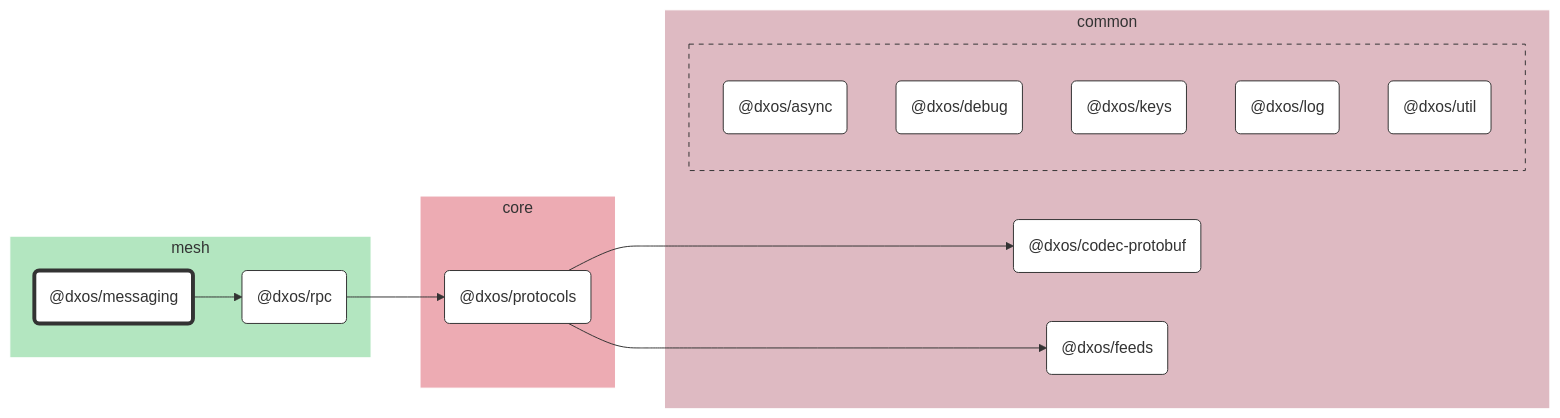
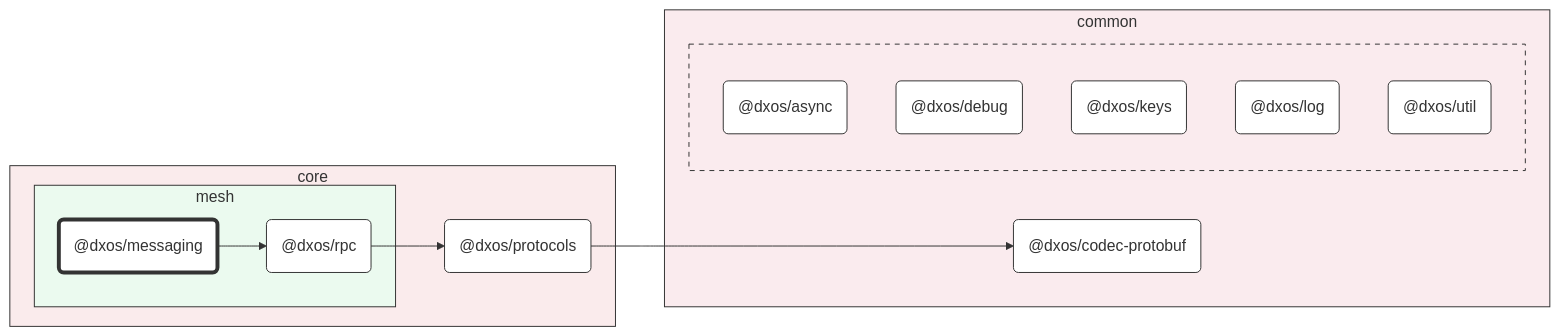
Before and after one commit to dxos/dxos: the diagram in packages/core/mesh/messaging/docs/README.md, drawn with Mermaid. The commit also changed other lines of this file and 93 other files, not shown here.

First line of the commit message:
chore: hierarchical graphs. (#1583)

````diff
--- a/packages/core/mesh/messaging/docs/README.md
+++ b/packages/core/mesh/messaging/docs/README.md
@@ -7,54 +7,51 @@
 ```mermaid
 %%{ init: {'flowchart':{'curve':'basis'}} }%%
 
 flowchart LR
 
 %% Classes
 classDef def fill:#fff,stroke:#333,stroke-width:1px
 classDef root fill:#fff,stroke:#333,stroke-width:4px
 
 %% Nodes
 
-subgraph mesh [mesh]
-  style mesh fill:#b3e6c0,stroke:#fff
-  dxos/messaging("@dxos/messaging"):::root
-  click dxos/messaging "dxos/dxos/tree/main/packages/core/mesh/messaging/docs"
-  dxos/rpc("@dxos/rpc"):::def
-  click dxos/rpc "dxos/dxos/tree/main/packages/core/mesh/rpc/docs"
+subgraph core [core]
+  style core fill:#faebec,stroke:#333
+  dxos/protocols("@dxos/protocols"):::def
+  click dxos/protocols "dxos/dxos/tree/main/packages/core/protocols/docs"
+
+  subgraph mesh [mesh]
+    style mesh fill:#ebfaef,stroke:#333
+    dxos/messaging("@dxos/messaging"):::root
+    click dxos/messaging "dxos/dxos/tree/main/packages/core/mesh/messaging/docs"
+    dxos/rpc("@dxos/rpc"):::def
+    click dxos/rpc "dxos/dxos/tree/main/packages/core/mesh/rpc/docs"
+  end
 end
 
 subgraph common [common]
-  style common fill:#debac2,stroke:#fff
+  style common fill:#faebee,stroke:#333
   dxos/codec-protobuf("@dxos/codec-protobuf"):::def
   click dxos/codec-protobuf "dxos/dxos/tree/main/packages/common/codec-protobuf/docs"
-  dxos/feeds("@dxos/feeds"):::def
-  click dxos/feeds "dxos/dxos/tree/main/packages/common/feeds/docs"
 
-  subgraph common-excluded [ ]
-    style common-excluded fill:#debac2,stroke:#333,stroke-dasharray:5 5
+  subgraph _ [ ]
+    style _ fill:#faebee,stroke:#333,stroke-dasharray:5 5
     dxos/async("@dxos/async"):::def
     click dxos/async "dxos/dxos/tree/main/packages/common/async/docs"
     dxos/debug("@dxos/debug"):::def
     click dxos/debug "dxos/dxos/tree/main/packages/common/debug/docs"
     dxos/keys("@dxos/keys"):::def
     click dxos/keys "dxos/dxos/tree/main/packages/common/keys/docs"
     dxos/log("@dxos/log"):::def
     click dxos/log "dxos/dxos/tree/main/packages/common/log/docs"
     dxos/util("@dxos/util"):::def
     click dxos/util "dxos/dxos/tree/main/packages/common/util/docs"
   end
 end
 
-subgraph core [core]
-  style core fill:#edabb3,stroke:#fff
-  dxos/protocols("@dxos/protocols"):::def
-  click dxos/protocols "dxos/dxos/tree/main/packages/core/protocols/docs"
-end
-
 %% Links
 linkStyle default stroke:#333,stroke-width:1px
 dxos/protocols --> dxos/codec-protobuf
-dxos/protocols --> dxos/feeds
 dxos/messaging --> dxos/rpc
 dxos/rpc --> dxos/protocols
 ```
````
